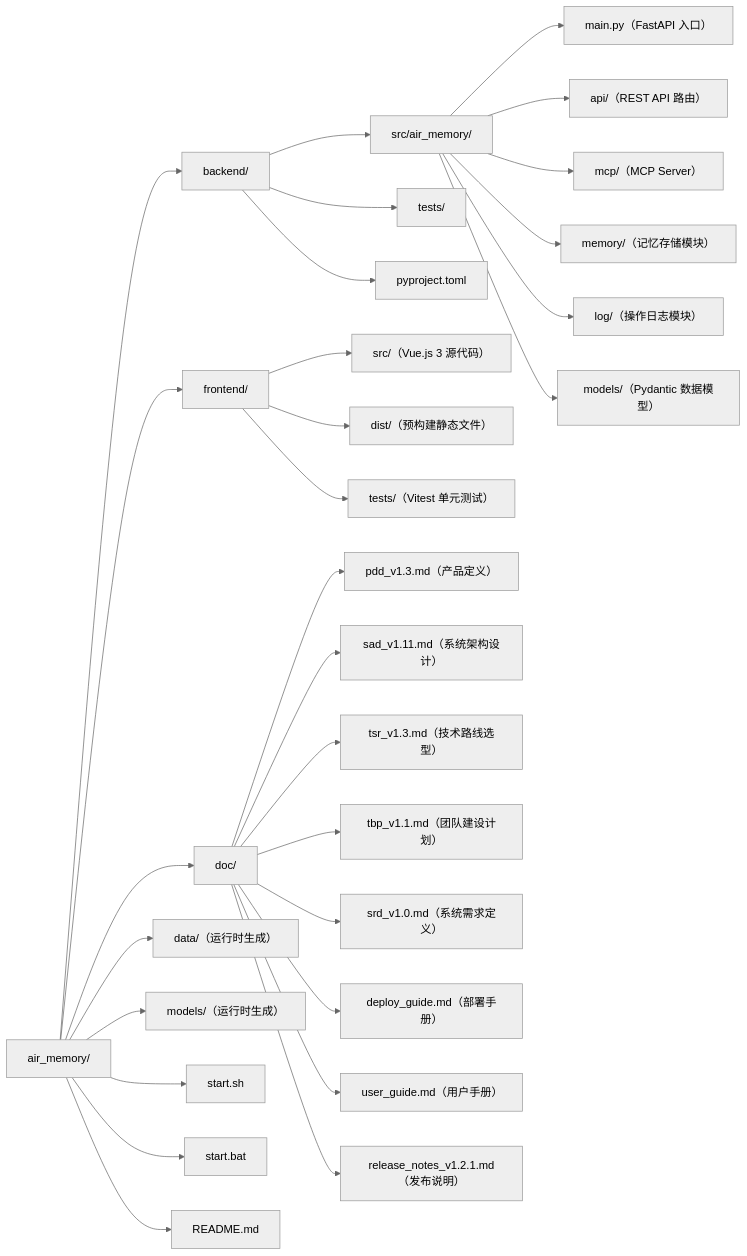
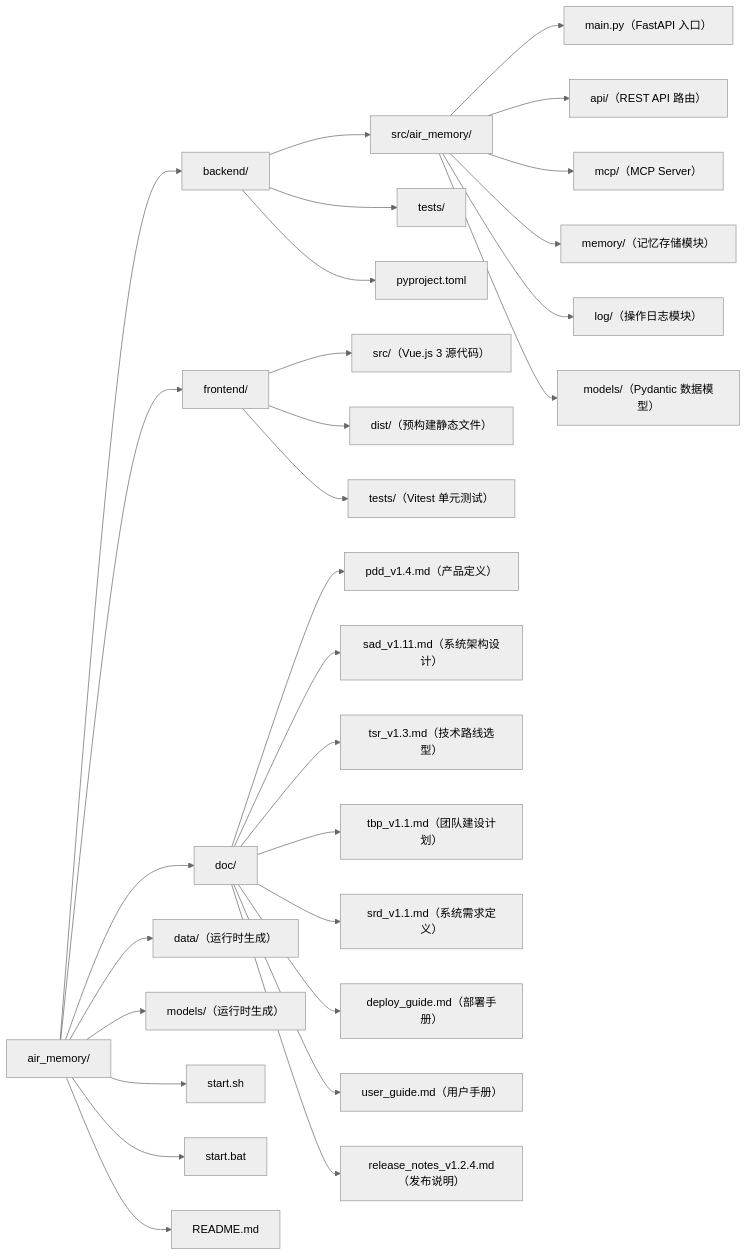
The diagram in README.md (SevenLv/air_memory), drawn with Mermaid (neutral theme) before and after one commit. The commit also changed other lines of this file and 2 other files, not shown here.

Commit message:
docs: v1.2.4 发版文档更新
- README.md：版本号更新至 v1.2.4，Mermaid 目录图更新
  pdd_v1.3.md→v1.4.md、srd_v1.0.md→v1.1.md、
  release_notes_v1.2.1.md→v1.2.4.md
- doc/pdd_v1.4.md（新建）：新增 v1.4 变更条目，扩展反馈记录
  查看功能描述（全局列表+时间段筛选+分页，memory_id 改为可选）
- doc/srd_v1.1.md（新建）：新增 v1.1 变更条目，更新 FR-UI-005
  需求描述及需求追踪矩阵，参考文档升级至 PDD v1.4

````diff
--- a/README.md
+++ b/README.md
@@ -46,37 +46,37 @@
 ```mermaid
 graph LR
     ROOT["air_memory/"]
 
     ROOT --> BACKEND["backend/"]
     ROOT --> FRONTEND["frontend/"]
     ROOT --> DOC["doc/"]
     ROOT --> DATA["data/（运行时生成）"]
     ROOT --> MODELS["models/（运行时生成）"]
     ROOT --> START_SH["start.sh"]
     ROOT --> START_BAT["start.bat"]
     ROOT --> README["README.md"]
 
     BACKEND --> BE_SRC["src/air_memory/"]
     BACKEND --> BE_TESTS["tests/"]
     BACKEND --> BE_PYPROJECT["pyproject.toml"]
 
     BE_SRC --> BE_MAIN["main.py（FastAPI 入口）"]
     BE_SRC --> BE_API["api/（REST API 路由）"]
     BE_SRC --> BE_MCP["mcp/（MCP Server）"]
     BE_SRC --> BE_MEM["memory/（记忆存储模块）"]
     BE_SRC --> BE_LOG["log/（操作日志模块）"]
     BE_SRC --> BE_MODELS["models/（Pydantic 数据模型）"]
 
     FRONTEND --> FE_SRC["src/（Vue.js 3 源代码）"]
     FRONTEND --> FE_DIST["dist/（预构建静态文件）"]
     FRONTEND --> FE_TESTS["tests/（Vitest 单元测试）"]
 
-    DOC --> D1["pdd_v1.3.md（产品定义）"]
+    DOC --> D1["pdd_v1.4.md（产品定义）"]
     DOC --> D2["sad_v1.11.md（系统架构设计）"]
     DOC --> D3["tsr_v1.3.md（技术路线选型）"]
     DOC --> D4["tbp_v1.1.md（团队建设计划）"]
-    DOC --> D5["srd_v1.0.md（系统需求定义）"]
+    DOC --> D5["srd_v1.1.md（系统需求定义）"]
     DOC --> D6["deploy_guide.md（部署手册）"]
     DOC --> D7["user_guide.md（用户手册）"]
-    DOC --> D8["release_notes_v1.2.1.md（发布说明）"]
+    DOC --> D8["release_notes_v1.2.4.md（发布说明）"]
 ```
````
